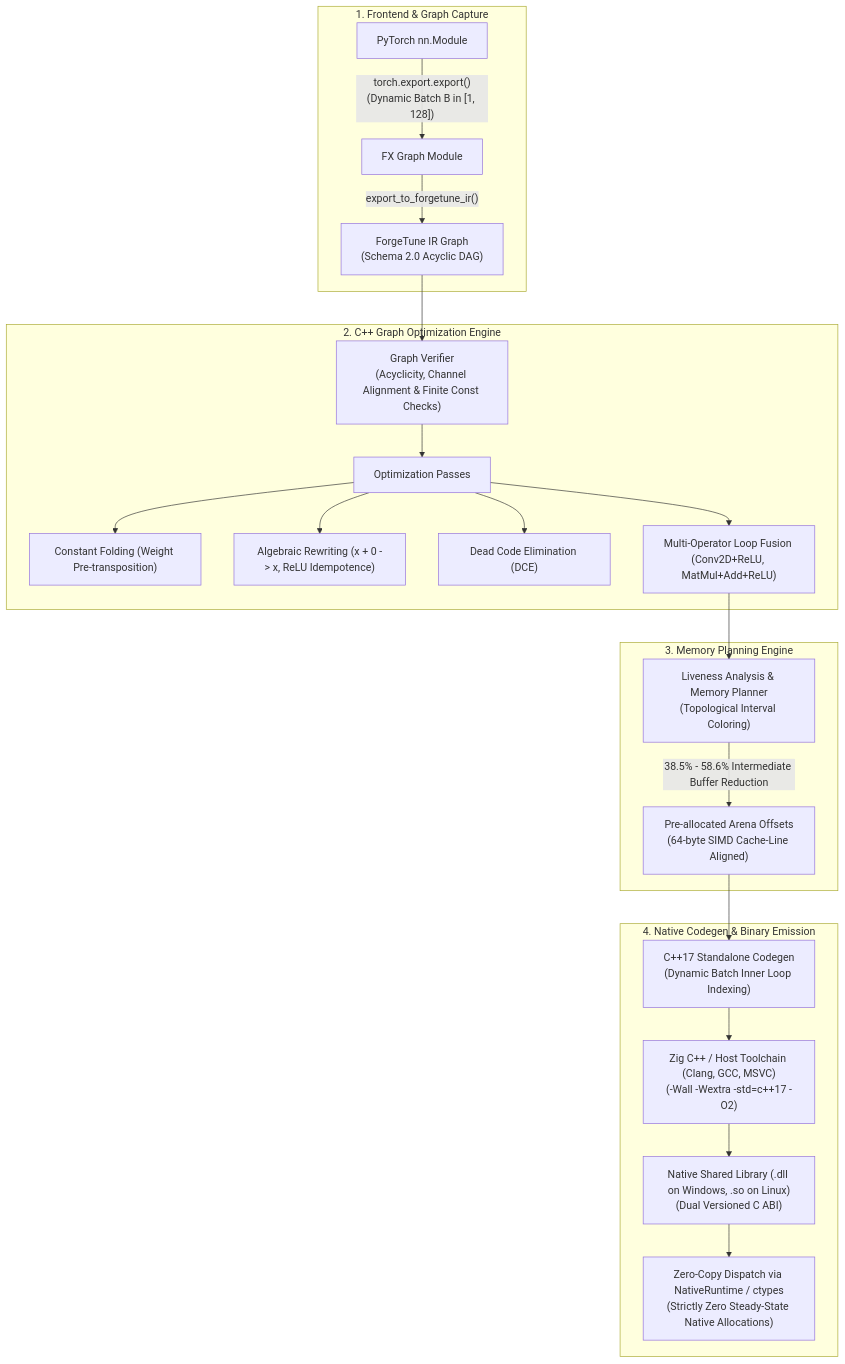
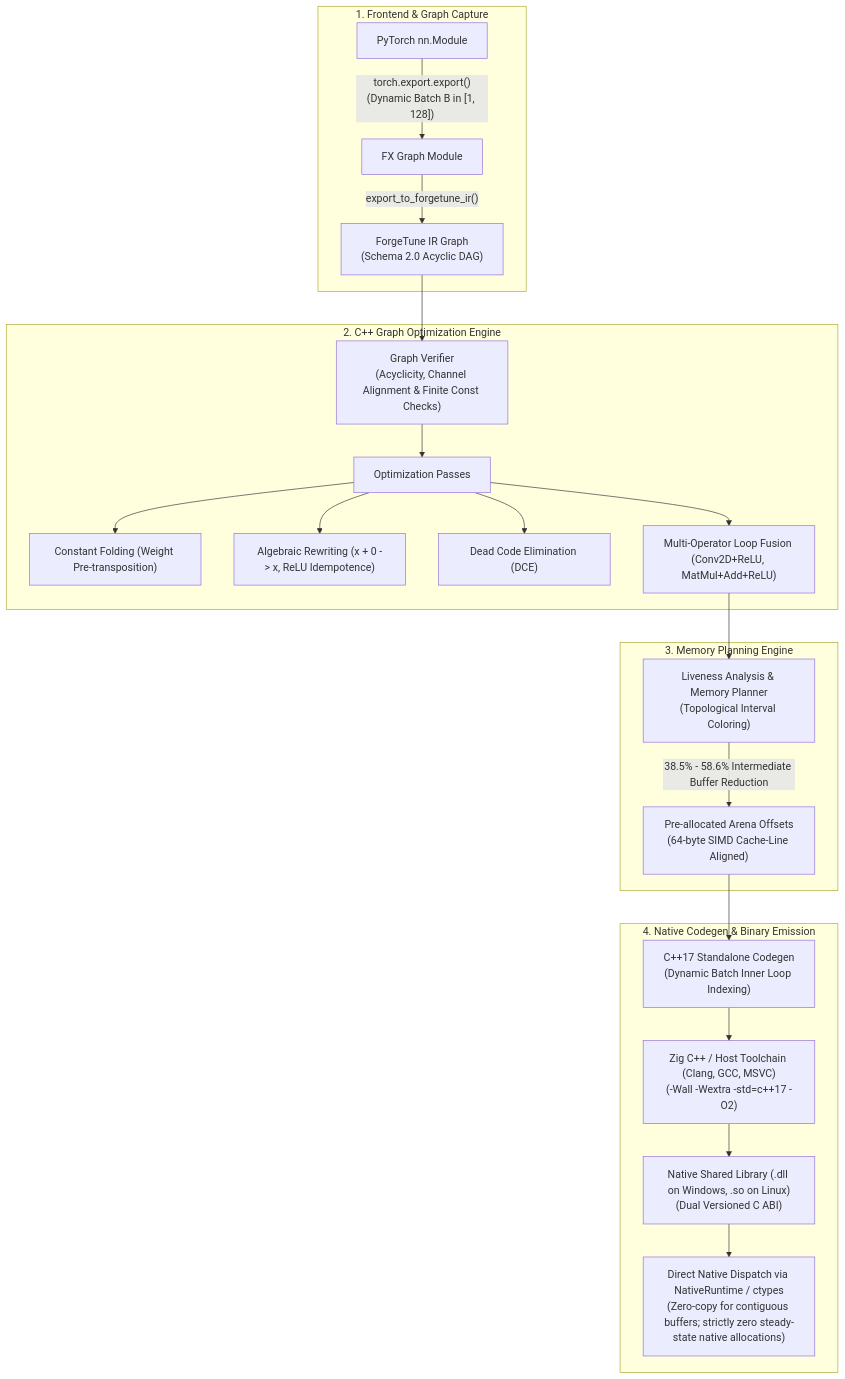
One commit to TDheeraj14569/Forgetune changed the diagram in README.md. Above: the diagram before and after it, drawn with Mermaid. The commit also changed other lines of this file and 23 other files, not shown here.

````diff
--- a/README.md
+++ b/README.md
@@ -93,28 +93,28 @@
 ```mermaid
 flowchart TD
     subgraph Frontend["1. Frontend & Graph Capture"]
         A["PyTorch nn.Module"] -->|"torch.export.export()<br/>(Dynamic Batch B in [1, 128])"| B["FX Graph Module"]
         B -->|"export_to_forgetune_ir()"| C["ForgeTune IR Graph<br/>(Schema 2.0 Acyclic DAG)"]
     end
 
     subgraph Optimization["2. C++ Graph Optimization Engine"]
         C --> D["Graph Verifier<br/>(Acyclicity, Channel Alignment & Finite Const Checks)"]
         D --> E["Optimization Passes"]
         E --> E1["Constant Folding (Weight Pre-transposition)"]
         E --> E2["Algebraic Rewriting (x + 0 -> x, ReLU Idempotence)"]
         E --> E3["Dead Code Elimination (DCE)"]
         E --> E4["Multi-Operator Loop Fusion (Conv2D+ReLU, MatMul+Add+ReLU)"]
     end
 
     subgraph Memory["3. Memory Planning Engine"]
         E4 --> F["Liveness Analysis & Memory Planner<br/>(Topological Interval Coloring)"]
         F -->|"38.5% - 58.6% Intermediate Buffer Reduction"| G["Pre-allocated Arena Offsets<br/>(64-byte SIMD Cache-Line Aligned)"]
     end
 
     subgraph Native["4. Native Codegen & Binary Emission"]
         G --> H["C++17 Standalone Codegen<br/>(Dynamic Batch Inner Loop Indexing)"]
         H --> I["Zig C++ / Host Toolchain (Clang, GCC, MSVC)<br/>(-Wall -Wextra -std=c++17 -O2)"]
         I --> J["Native Shared Library (.dll on Windows, .so on Linux)<br/>(Dual Versioned C ABI)"]
-        J --> K["Zero-Copy Dispatch via NativeRuntime / ctypes<br/>(Strictly Zero Steady-State Native Allocations)"]
+        J --> K["Direct Native Dispatch via NativeRuntime / ctypes<br/>(Zero-copy for contiguous buffers; strictly zero steady-state native allocations)"]
     end
 ```
````
